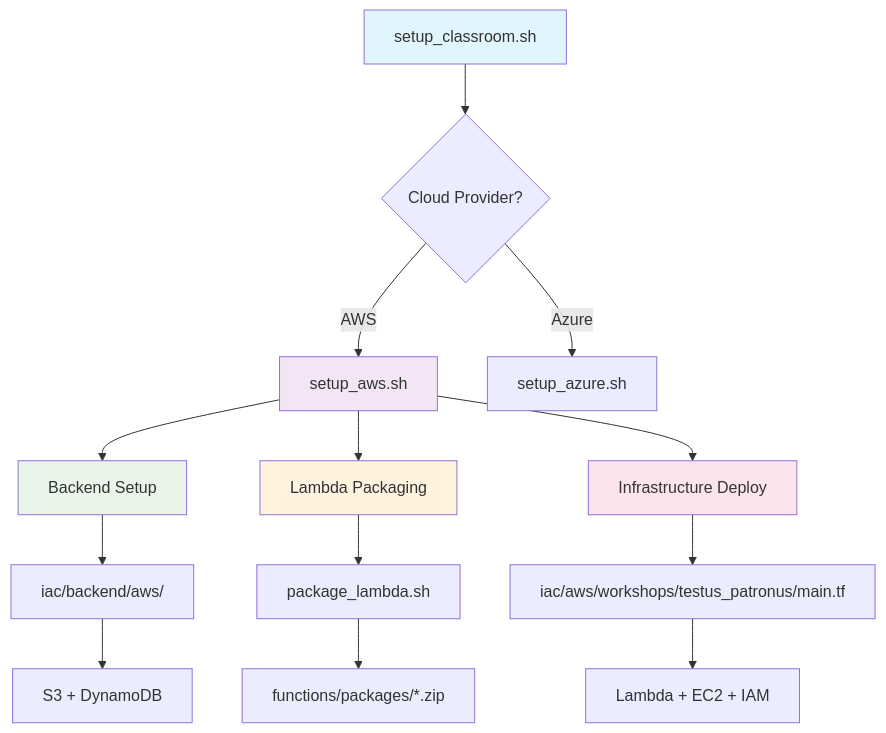
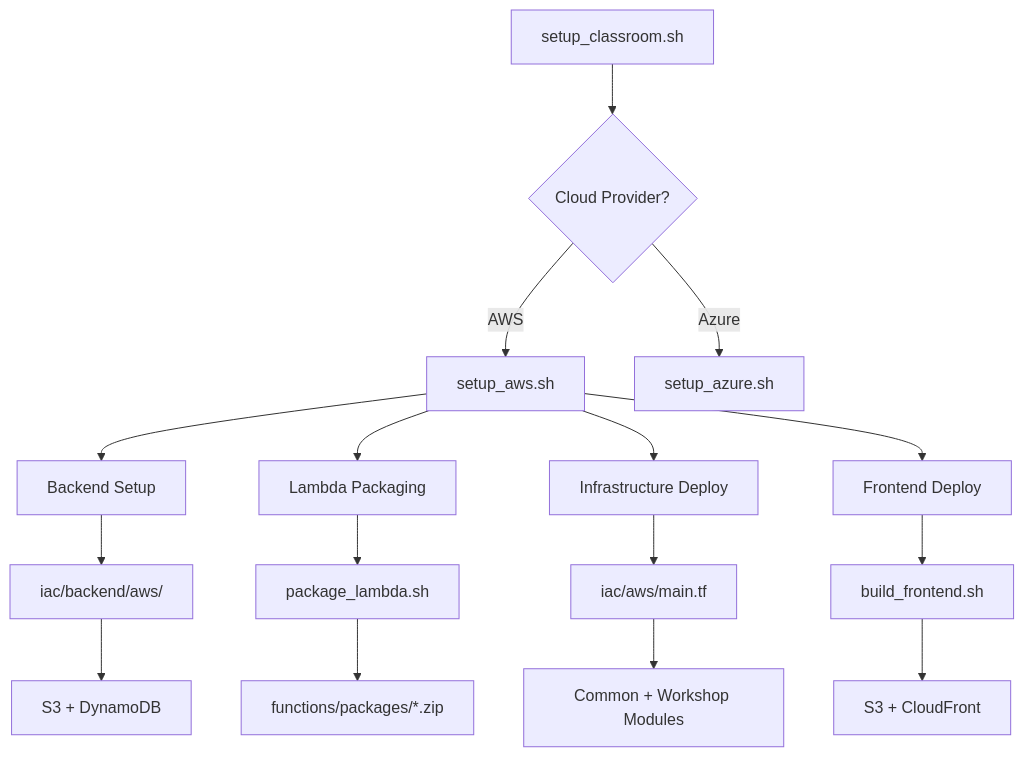
Before and after one commit to Bassaganas/cloud-classroom-provisioning: the second of 2 diagrams in README.md, drawn with Mermaid. The commit also changed other lines of this file, not shown here.

Commit message:
chores: update README after all changes, iac working now.

````diff
--- a/README.md
+++ b/README.md
@@ -489,24 +1269,22 @@
 ```mermaid
 graph TD
     A[setup_classroom.sh] --> B{Cloud Provider?}
     B -->|AWS| C[setup_aws.sh]
     B -->|Azure| D[setup_azure.sh]
     
     C --> E[Backend Setup]
     E --> F[iac/backend/aws/]
     F --> G[S3 + DynamoDB]
     
     C --> H[Lambda Packaging]
     H --> I[package_lambda.sh]
     I --> J[functions/packages/*.zip]
     
     C --> K[Infrastructure Deploy]
-    K --> L[iac/aws/workshops/testus_patronus/main.tf]
-    L --> M[Lambda + EC2 + IAM]
+    K --> L[iac/aws/main.tf]
+    L --> M[Common + Workshop Modules]
     
-    style A fill:#e1f5fe
-    style C fill:#f3e5f5
-    style E fill:#e8f5e8
-    style H fill:#fff3e0
-    style K fill:#fce4ec
+    C --> N[Frontend Deploy]
+    N --> O[build_frontend.sh]
+    O --> P[S3 + CloudFront]
 ```
````
